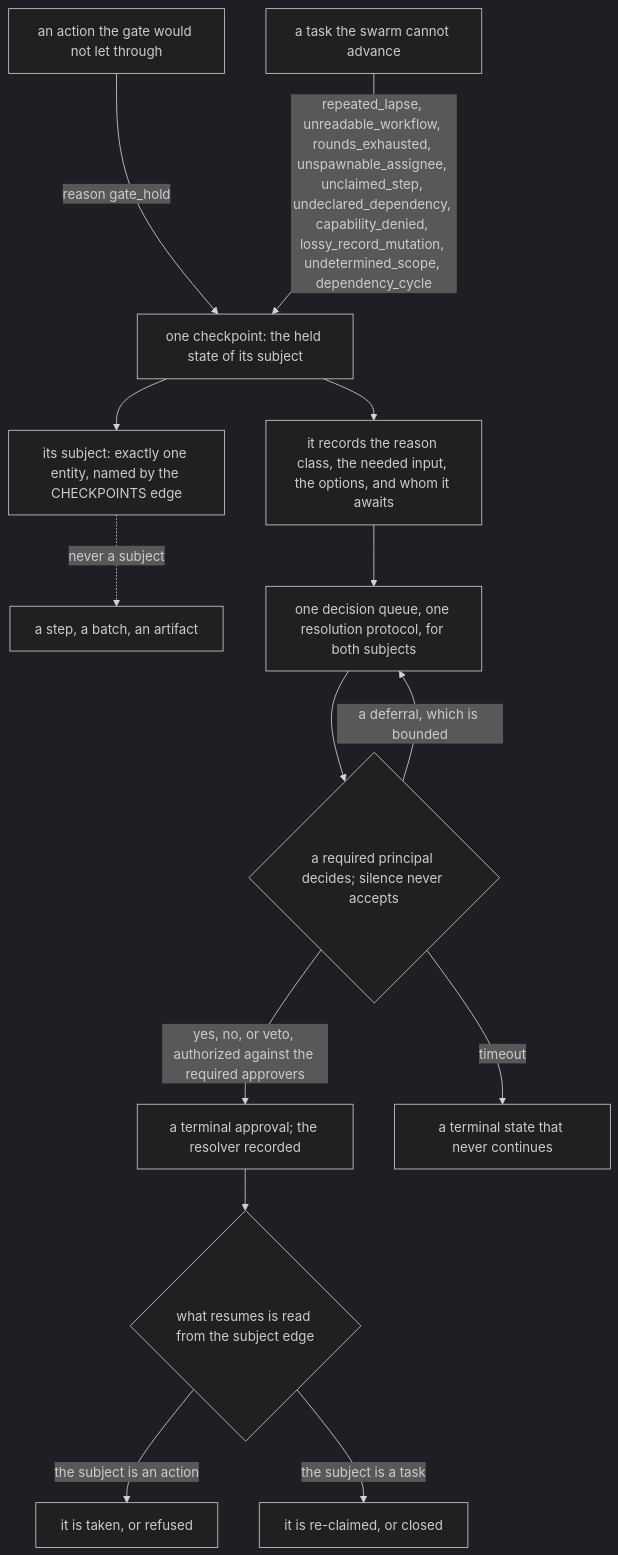
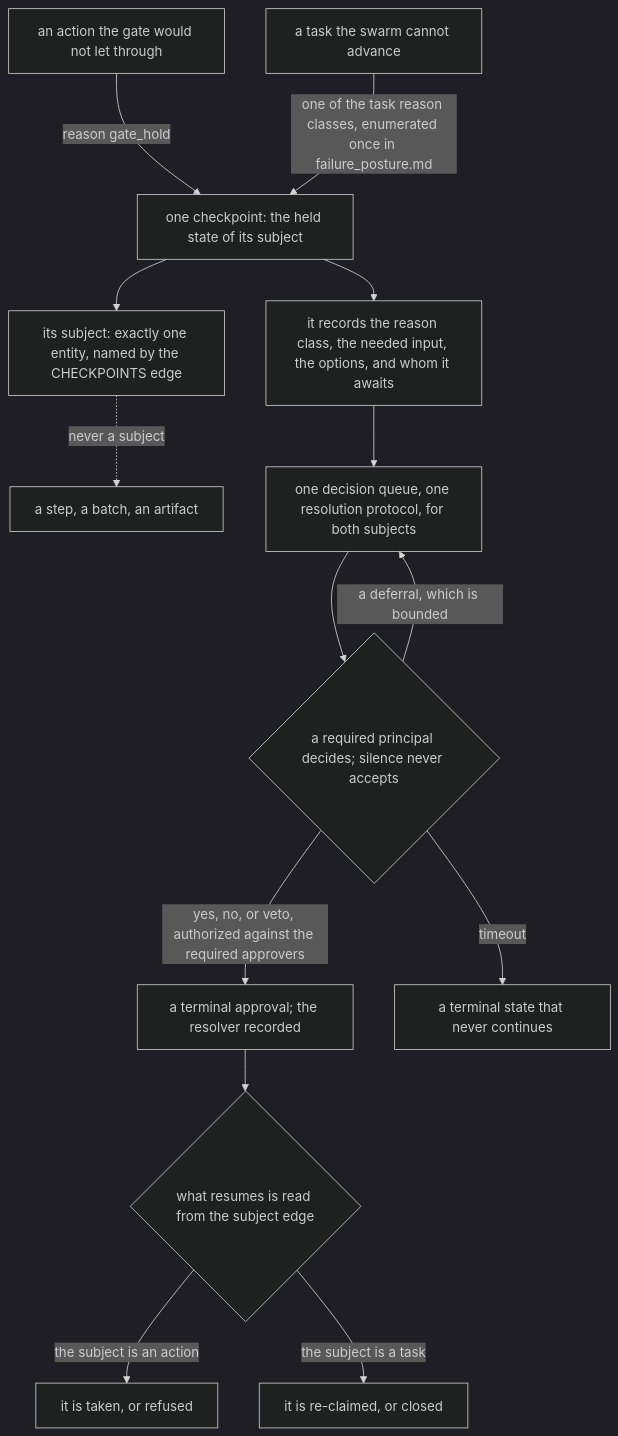
The diagram in docs/foundation/gates_and_workflows.md (markmhendrickson/ateles), drawn with Mermaid (dark theme) before and after one commit. The commit also changed other lines of this file and 14 other files, not shown here.

````diff
--- a/docs/foundation/gates_and_workflows.md
+++ b/docs/foundation/gates_and_workflows.md
@@ -527,16 +554,16 @@
 ```mermaid
 flowchart TD
     A["an action the gate would not let through"] -->|"reason gate_hold"| CK
-    T["a task the swarm cannot advance"] -->|"repeated_lapse, unreadable_workflow, rounds_exhausted, unspawnable_assignee, unclaimed_step, undeclared_dependency, capability_denied, lossy_record_mutation, undetermined_scope, dependency_cycle"| CK
+    T["a task the swarm cannot advance"] -->|"one of the task reason classes, enumerated once in failure_posture.md"| CK
     CK["one checkpoint: the held state of its subject"] --> S["its subject: exactly one entity, named by the CHECKPOINTS edge"]
     S -.->|"never a subject"| NS["a step, a batch, an artifact"]
     CK --> F["it records the reason class, the needed input, the options, and whom it awaits"]
     F --> QUEUE["one decision queue, one resolution protocol, for both subjects"]
     QUEUE --> DEC{"a required principal decides; silence never accepts"}
     DEC -->|"a deferral, which is bounded"| QUEUE
     DEC -->|"yes, no, or veto, authorized against the required approvers"| TERM["a terminal approval; the resolver recorded"]
     DEC -->|"timeout"| TO["a terminal state that never continues"]
     TERM --> WHAT{"what resumes is read from the subject edge"}
     WHAT -->|"the subject is an action"| RA["it is taken, or refused"]
     WHAT -->|"the subject is a task"| RT["it is re-claimed, or closed"]
 ```
````
